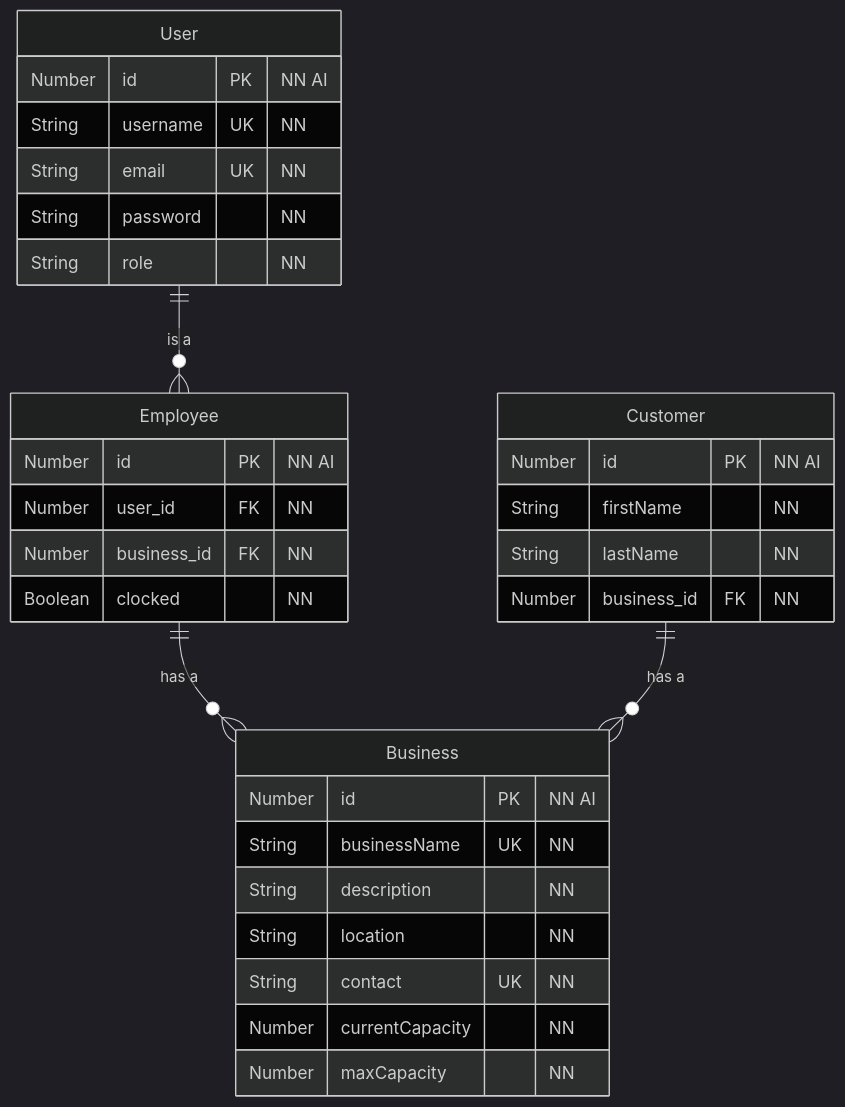
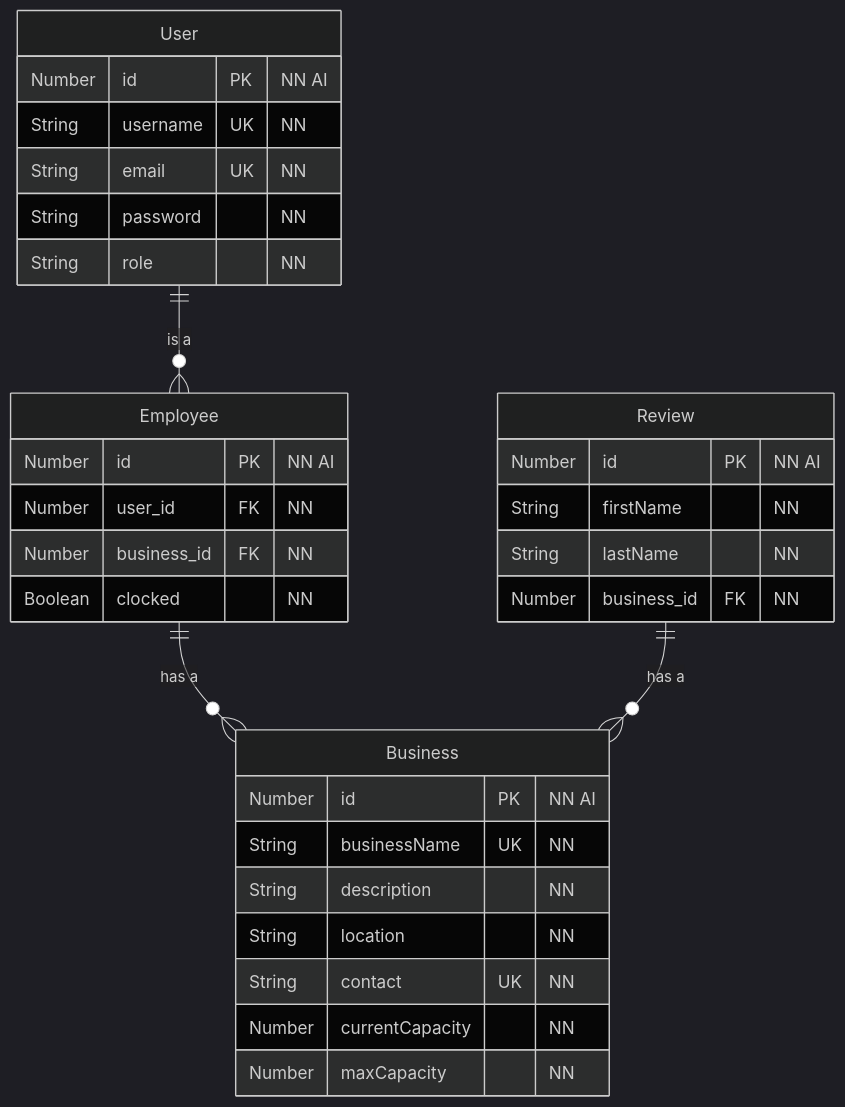
One commit to itsamish01/StaffEase changed the diagram in InitialMongooseSchemas.md. Above: the diagram before and after it, drawn with Mermaid (dark theme). The commit also changed other lines of this file and 11 other files, not shown here.

````diff
--- a/InitialMongooseSchemas.md
+++ b/InitialMongooseSchemas.md
@@ -25,39 +25,39 @@
 ```mermaid
 erDiagram
   User {
     Number id PK "NN AI"
     String username UK "NN"
     String email UK "NN"
     String password "NN"
     String role "NN"
   }
 
   Employee {
     Number id PK "NN AI"
     Number user_id FK "NN"
     Number business_id FK "NN"
     Boolean clocked "NN"
   }
 
   Business {
     Number id PK "NN AI"
     String businessName UK "NN"
     String description "NN"
     String location "NN"
     String contact UK "NN"
     Number currentCapacity "NN"
     Number maxCapacity "NN"
   }
 
-  Customer {
+  Review {
     Number id PK "NN AI"
     String firstName "NN"
     String lastName "NN"
     Number business_id FK "NN"  
   }
 
 
   User ||--o{ Employee : "is a"
   Employee ||--o{ Business : "has a"
-  Customer ||--o{ Business : "has a"
+  Review ||--o{ Business : "has a"
 ```
````
